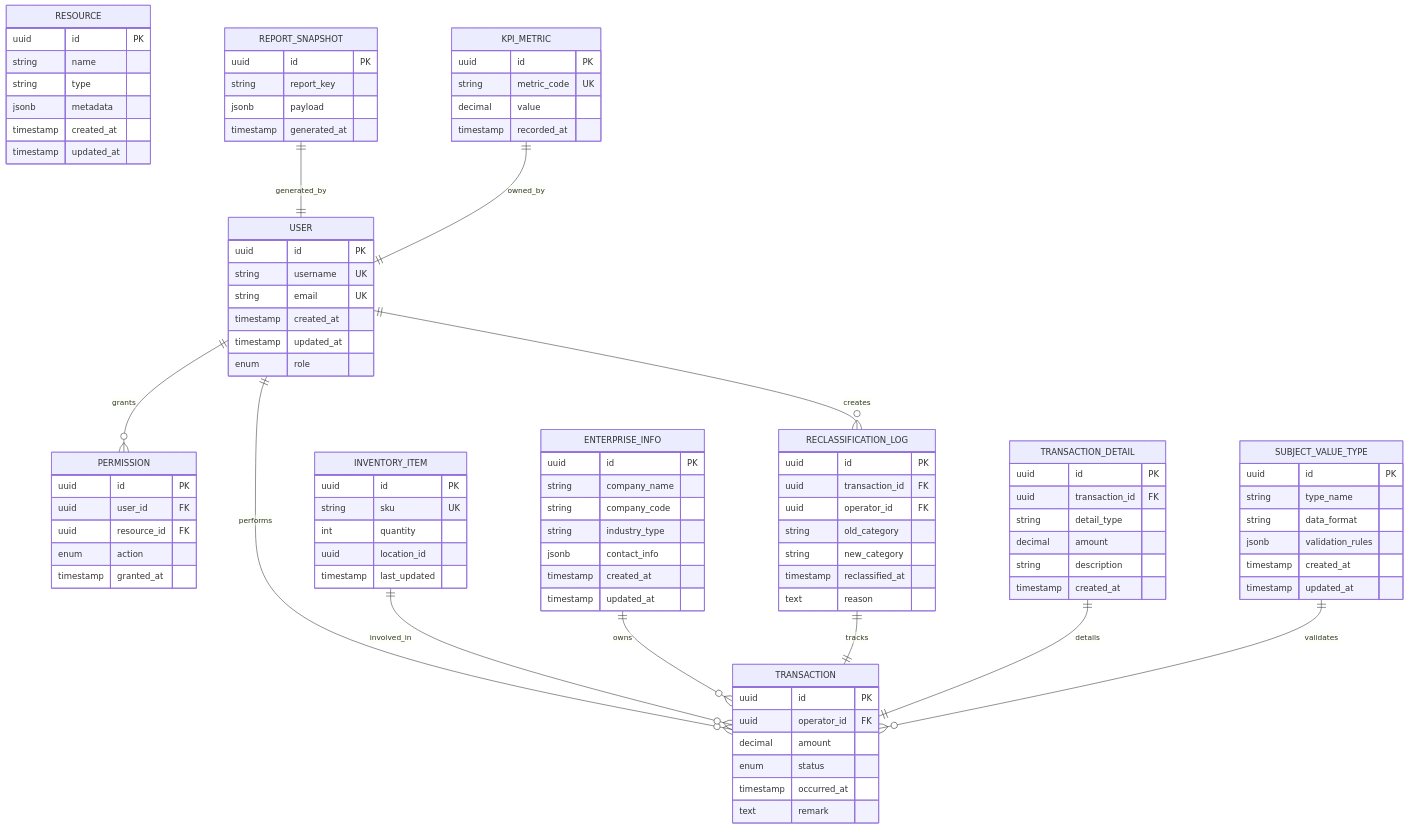
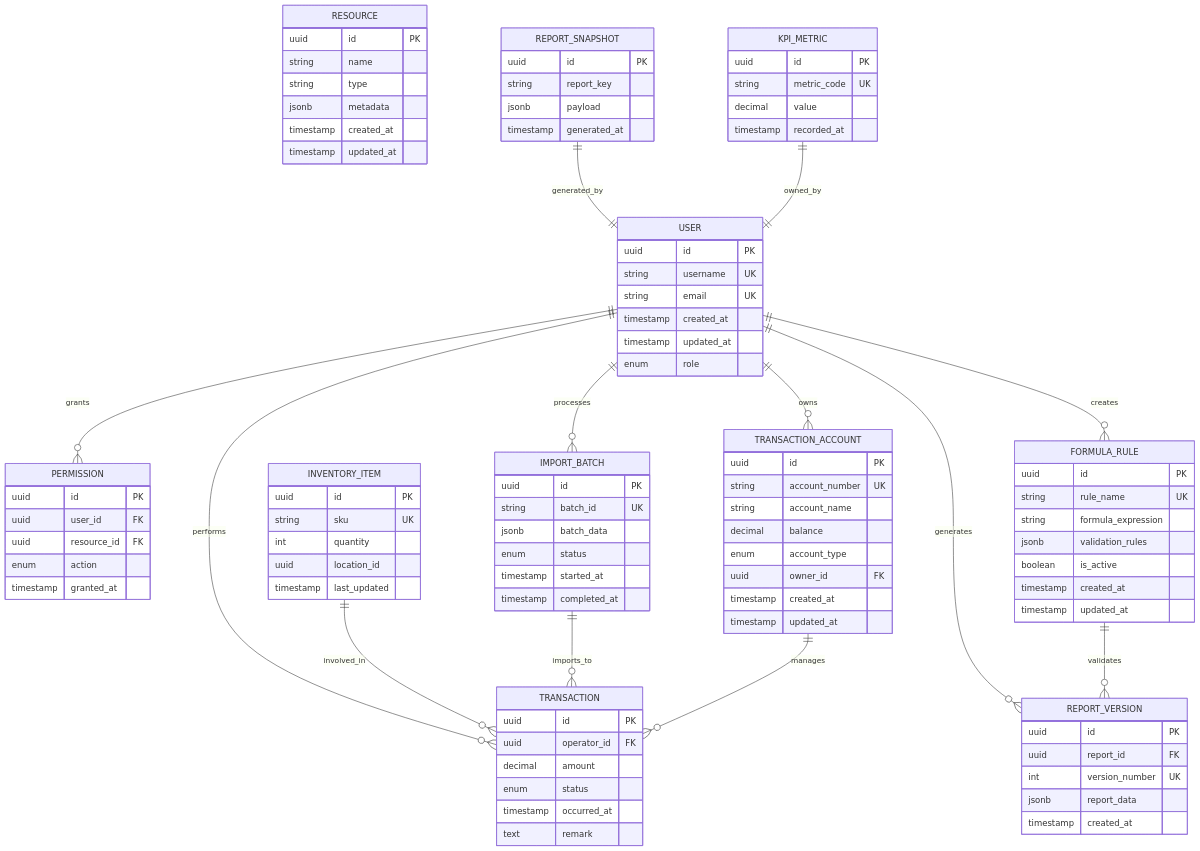
One commit to Damao997/newproject changed the sixth of 6 diagrams in .qoder/repowiki/zh/content/架构设计/数据库架构设计.md. Above: the diagram before and after it, drawn with Mermaid. The commit also changed other lines of this file and 30 other files, not shown here.

````diff
--- a/.qoder/repowiki/zh/content/架构设计/数据库架构设计.md
+++ b/.qoder/repowiki/zh/content/架构设计/数据库架构设计.md
@@ -451,48 +390,50 @@
 decimal value
 timestamp recorded_at
 }
-ENTERPRISE_INFO {
+FORMULA_RULE {
 uuid id PK
-string company_name
-string company_code
-string industry_type
-jsonb contact_info
+string rule_name UK
+string formula_expression
+jsonb validation_rules
+boolean is_active
 timestamp created_at
 timestamp updated_at
 }
-RECLASSIFICATION_LOG {
+REPORT_VERSION {
 uuid id PK
-uuid transaction_id FK
-uuid operator_id FK
-string old_category
-string new_category
-timestamp reclassified_at
-text reason
-}
-TRANSACTION_DETAIL {
-uuid id PK
-uuid transaction_id FK
-string detail_type
-decimal amount
-string description
+uuid report_id FK
+int version_number UK
+jsonb report_data
 timestamp created_at
 }
-SUBJECT_VALUE_TYPE {
+IMPORT_BATCH {
 uuid id PK
-string type_name
-string data_format
-jsonb validation_rules
+string batch_id UK
+jsonb batch_data
+enum status
+timestamp started_at
+timestamp completed_at
+}
+TRANSACTION_ACCOUNT {
+uuid id PK
+string account_number UK
+string account_name
+decimal balance
+enum account_type
+uuid owner_id FK
 timestamp created_at
 timestamp updated_at
 }
 USER ||--o{ PERMISSION : grants
 USER ||--o{ TRANSACTION : performs
-USER ||--o{ RECLASSIFICATION_LOG : creates
+USER ||--o{ FORMULA_RULE : creates
+USER ||--o{ REPORT_VERSION : generates
+USER ||--o{ IMPORT_BATCH : processes
+USER ||--o{ TRANSACTION_ACCOUNT : owns
 INVENTORY_ITEM ||--o{ TRANSACTION : involved_in
 REPORT_SNAPSHOT ||--|| USER : generated_by
 KPI_METRIC ||--|| USER : owned_by
-ENTERPRISE_INFO ||--o{ TRANSACTION : owns
-RECLASSIFICATION_LOG ||--|| TRANSACTION : tracks
-TRANSACTION_DETAIL ||--|| TRANSACTION : details
-SUBJECT_VALUE_TYPE ||--o{ TRANSACTION : validates
+FORMULA_RULE ||--o{ REPORT_VERSION : validates
+IMPORT_BATCH ||--o{ TRANSACTION : imports_to
+TRANSACTION_ACCOUNT ||--o{ TRANSACTION : manages
 ```
````
